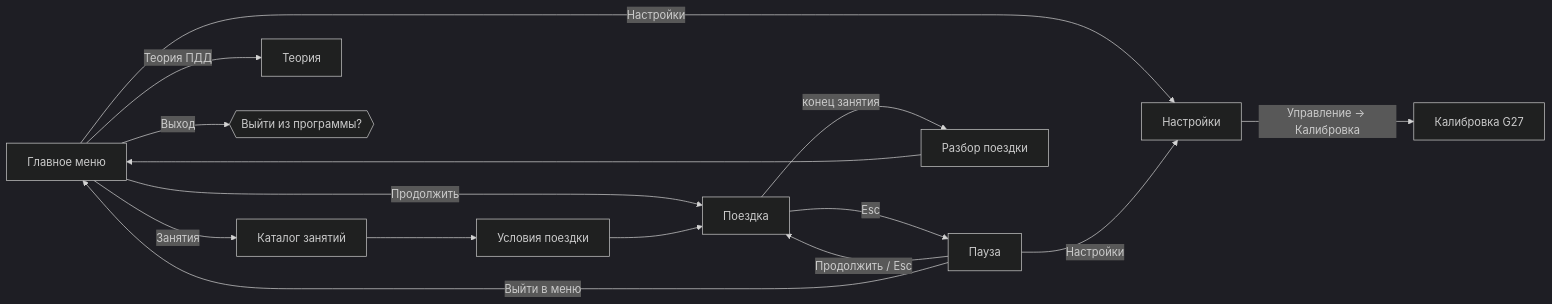
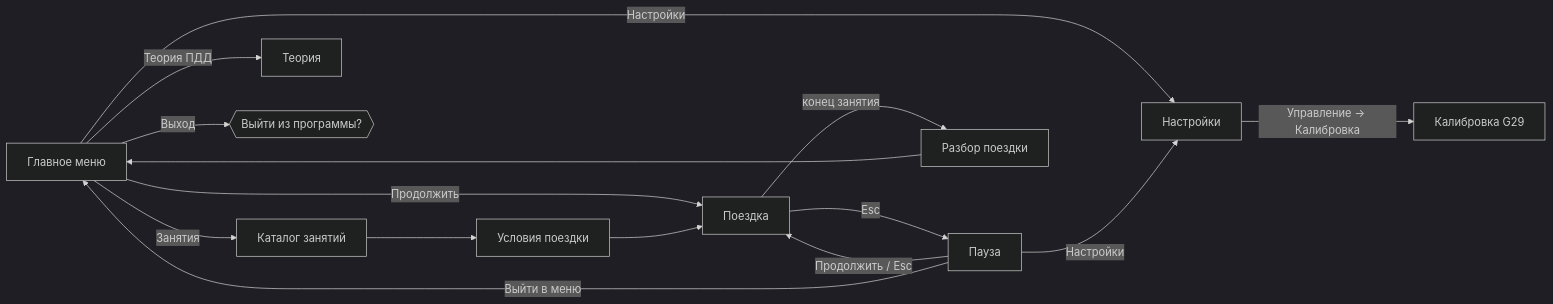
Before and after one commit to Vioteo/DrivingSchoolSim: the diagram in docs/ui-settings.md, drawn with Mermaid (dark theme). The commit also changed other lines of this file and 5 other files, not shown here.

````diff
--- a/docs/ui-settings.md
+++ b/docs/ui-settings.md
@@ -11,14 +11,14 @@
 ```mermaid
 flowchart LR
   Home[Главное меню] -->|Продолжить| Drive[Поездка]
   Home -->|Занятия| Lessons[Каталог занятий] --> Vehicle[Условия поездки] --> Drive
   Home -->|Теория ПДД| Theory[Теория]
   Home -->|Настройки| Settings[Настройки]
   Home -->|Выход| ExitQ{{Выйти из программы?}}
-  Settings -->|Управление → Калибровка| Calib[Калибровка G27]
+  Settings -->|Управление → Калибровка| Calib[Калибровка G29]
   Drive -->|Esc| Pause[Пауза]
   Pause -->|Продолжить / Esc| Drive
   Pause -->|Настройки| Settings
   Pause -->|Выйти в меню| Home
   Drive -->|конец занятия| Result[Разбор поездки] --> Home
 ```
````
